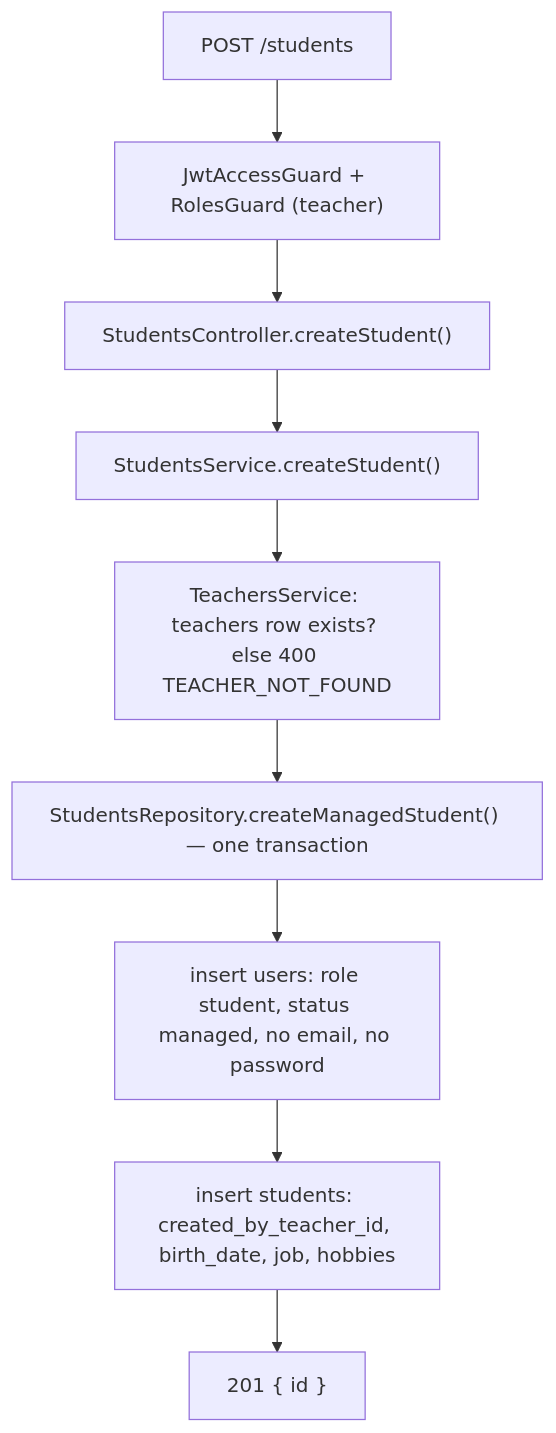
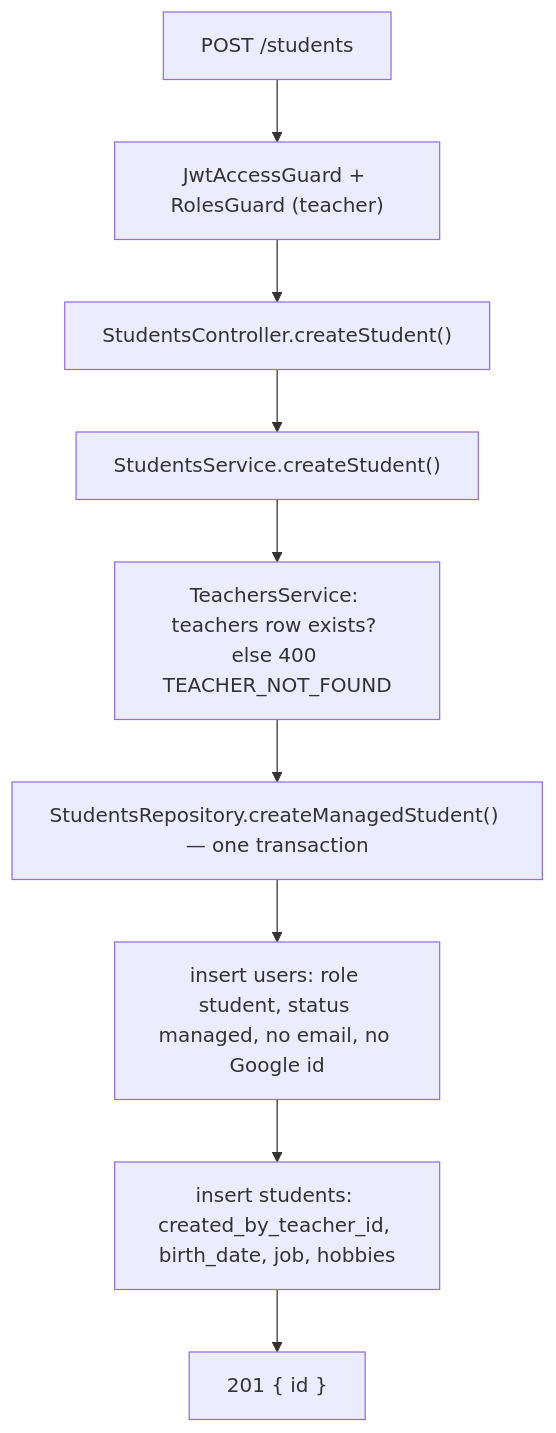
The first of 3 diagrams in back/docs/students/student-endpoints.md (KaterynaKocheharova/Practice-app), drawn with Mermaid before and after one commit. The commit also changed other lines of this file and 17 other files, not shown here.

````diff
--- a/back/docs/students/student-endpoints.md
+++ b/back/docs/students/student-endpoints.md
@@ -43,11 +43,11 @@
 ```mermaid
 flowchart TD
   Request["POST /students"] --> Guards["JwtAccessGuard + RolesGuard (teacher)"]
   Guards --> Controller["StudentsController.createStudent()"]
   Controller --> Service["StudentsService.createStudent()"]
   Service --> TeacherCheck["TeachersService: teachers row exists? else 400 TEACHER_NOT_FOUND"]
   TeacherCheck --> Tx["StudentsRepository.createManagedStudent() — one transaction"]
-  Tx --> User["insert users: role student, status managed, no email, no password"]
+  Tx --> User["insert users: role student, status managed, no email, no Google id"]
   User --> Profile["insert students: created_by_teacher_id, birth_date, job, hobbies"]
   Profile --> Response["201 { id }"]
 ```
````
